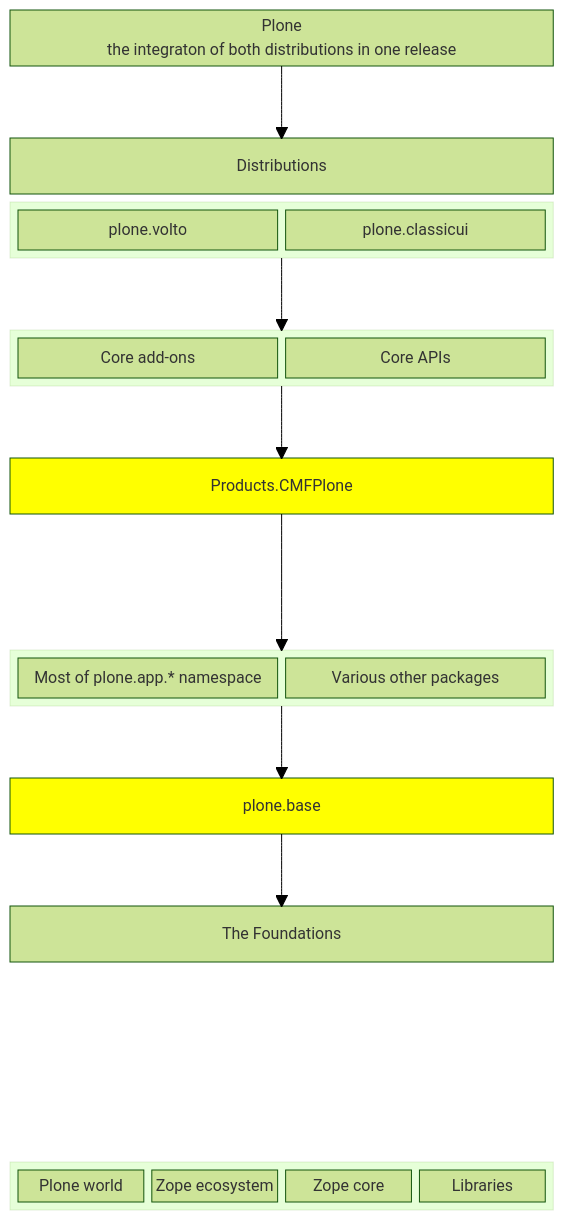
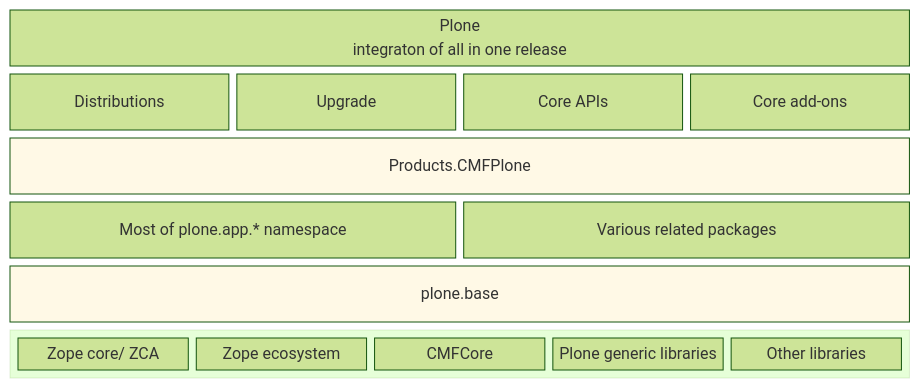
Before and after one commit to plone/documentation: the first of 3 diagrams in docs/contributing/core/package-dependencies.md, drawn with Mermaid (forest theme). The commit also changed other lines of this file, not shown here.

Commit message:
see https://github.com/plone/documentation/issues/1683

````diff
--- a/docs/contributing/core/package-dependencies.md
+++ b/docs/contributing/core/package-dependencies.md
@@ -41,49 +46,22 @@
 ```{mermaid}
 block-beta
-    columns 1
-
-    Plone["Plone <br/>the integraton of both distributions in one release"]
-    space
+    columns 4
+    Plone["Plone<br/>integraton of all in one release"]:4
     Distributions
-    block:dist
-        plone.volto
-        plone.classicui
-    end
-    space
-    block:core
-        coreaddons["Core add-ons"]
-        coreapi["Core APIs"]
-    end
-    space
-    cmfplone["Products.CMFPlone"]
-
-    space:2
-
-    block:layer
-        ploneapp["Most of plone.app.* namespace"]
-        otherlay["Various other packages"]
-    end
-
-space
-
-    plonebase["plone.base"]
-    space
-    foundations["The Foundations"]
-    space:3
-        block:foundationcomponents
-           ploneworld["Plone world"]
-           zopeeco["Zope ecosystem"]
-           zopecore["Zope core"]
-           libraries["Libraries"]
-    end
-    Plone --> Distributions
-    dist --> core
-    cmfplone --> layer
-    core --> cmfplone
-    layer --> plonebase
-    plonebase --> foundations
-
-    style cmfplone fill:#ff0
-    style plonebase fill:#ff0
-
+    Upgrade
+    coreapis["Core APIs"]
+    coreaddons["Core add-ons"]
+    cmfplone["Products.CMFPlone"]:4
+    ploneapp["Most of plone.app.* namespace"]:2
+    otherlay["Various related packages"]:2
+    plonebase["plone.base"]:4
+    block:groupfoundation:4
+        zopecore["Zope core/ ZCA"]
+        zopeeco["Zope ecosystem"]
+        cmfcore["CMFCore"]
+        ploneworld["Plone generic libraries"]
+        libraries["Other libraries"]
+    end  
+    style cmfplone fill:#fff9e6
+    style plonebase fill:#fff9e6
 ```
````
